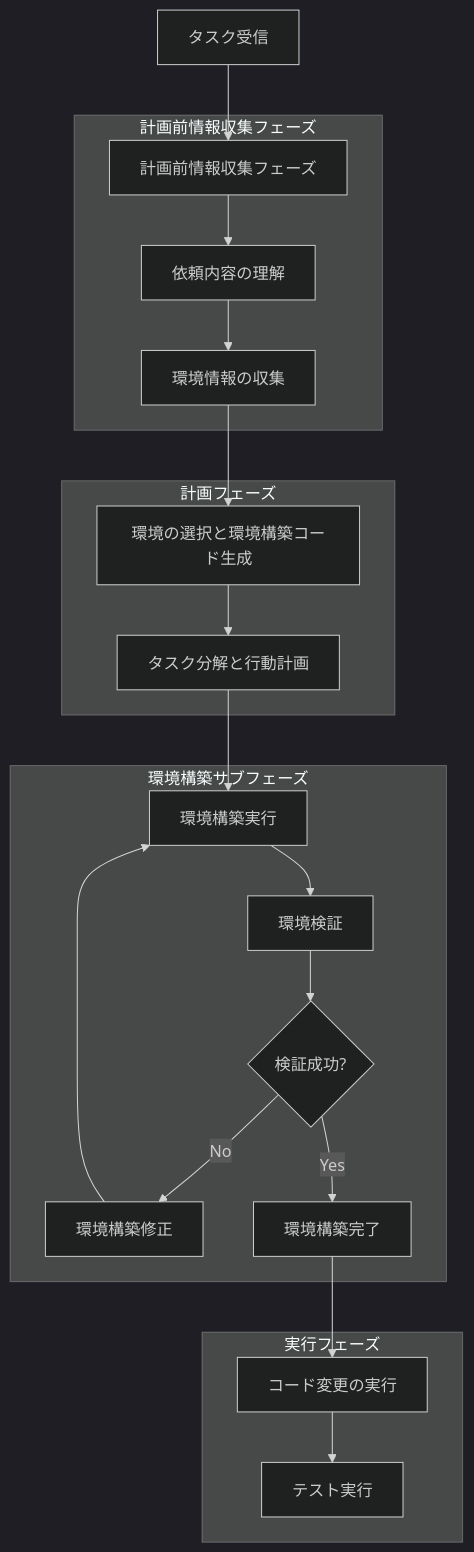
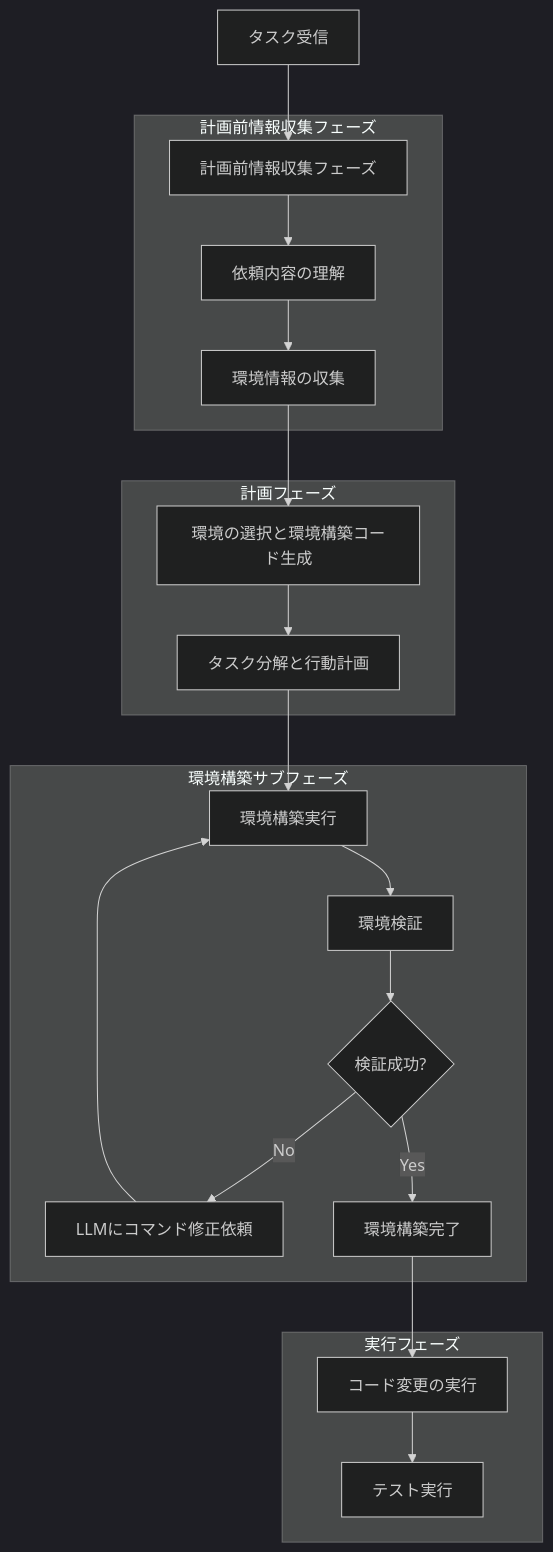
One commit to notfolder/coding_agent changed the first of 2 diagrams in docs/spec/ENVIRONMENT_SETUP_IN_PLANNING_SPECIFICATION.md. Above: the diagram before and after it, drawn with Mermaid (dark theme). The commit also changed other lines of this file, not shown here.

````diff
--- a/docs/spec/ENVIRONMENT_SETUP_IN_PLANNING_SPECIFICATION.md
+++ b/docs/spec/ENVIRONMENT_SETUP_IN_PLANNING_SPECIFICATION.md
@@ -47,28 +47,28 @@
 ```mermaid
 flowchart TD
     A[タスク受信] --> B[計画前情報収集フェーズ]
     
     subgraph PrePlanning[計画前情報収集フェーズ]
         B --> C[依頼内容の理解]
         C --> D[環境情報の収集]
     end
     
     subgraph Planning[計画フェーズ]
         D --> E[環境の選択と環境構築コード生成]
         E --> F[タスク分解と行動計画]
     end
     
     subgraph EnvSetup[環境構築サブフェーズ]
         F --> G[環境構築実行]
         G --> H[環境検証]
         H --> I{検証成功?}
-        I -->|No| J[環境構築修正]
+        I -->|No| J[LLMにコマンド修正依頼]
         J --> G
         I -->|Yes| K[環境構築完了]
     end
     
     subgraph Execution[実行フェーズ]
         K --> L[コード変更の実行]
         L --> M[テスト実行]
     end
 ```
````
